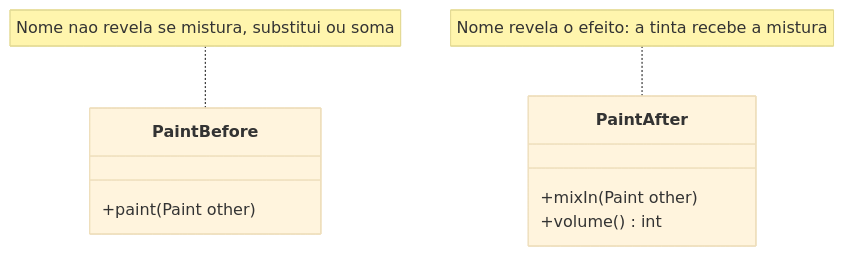
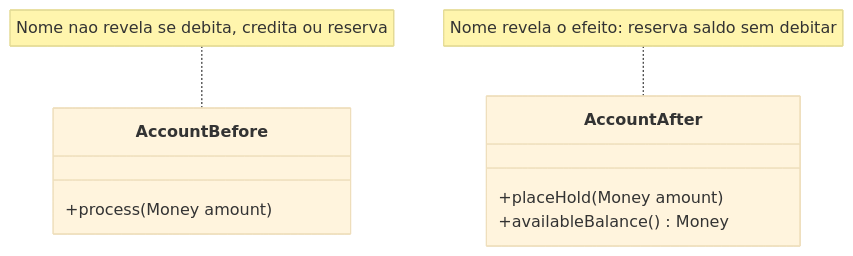
Before and after one commit to alancesar/design-patterns: the diagram in docs/design/ddd/supple-design/intention-revealing-interfaces.md, drawn with Mermaid (base theme). The commit also changed other lines of this file and 67 other files, not shown here.

First line of the commit message:
Switch DDD examples and diagrams to fintech scenarios

````diff
--- a/docs/design/ddd/supple-design/intention-revealing-interfaces.md
+++ b/docs/design/ddd/supple-design/intention-revealing-interfaces.md
@@ -54,12 +54,12 @@
 ```mermaid
 classDiagram
-    class PaintBefore {
-        +paint(Paint other)
+    class AccountBefore {
+        +process(Money amount)
     }
-    class PaintAfter {
-        +mixIn(Paint other)
-        +volume() int
+    class AccountAfter {
+        +placeHold(Money amount)
+        +availableBalance() Money
     }
-    note for PaintBefore "Nome nao revela se mistura, substitui ou soma"
-    note for PaintAfter "Nome revela o efeito: a tinta recebe a mistura"
+    note for AccountBefore "Nome nao revela se debita, credita ou reserva"
+    note for AccountAfter "Nome revela o efeito: reserva saldo sem debitar"
 ```
````
